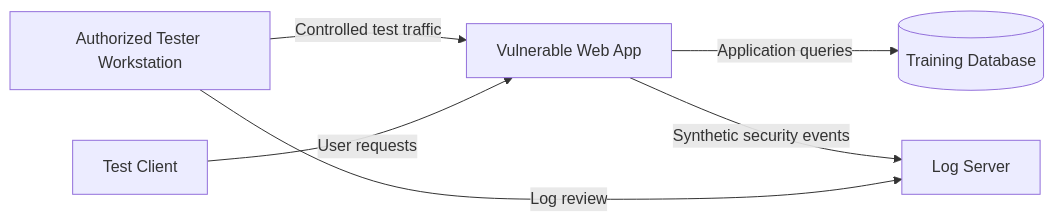
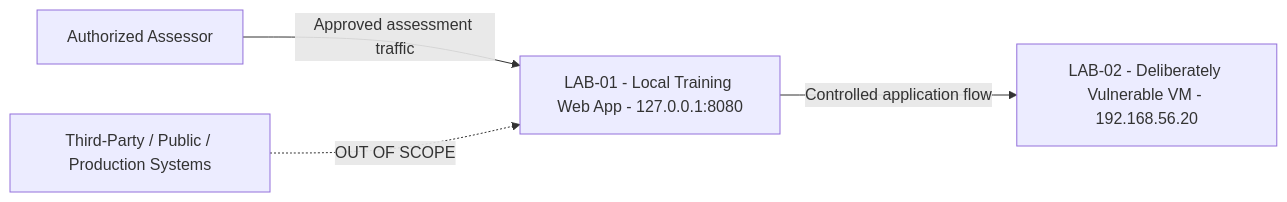
Before and after one commit to biradarneha16/Project-1: the diagram in authorized-security-engagement/data-flow-diagram.md, drawn with Mermaid. The commit also changed other lines of this file, not shown here.

Commit message:
Professionalize authorized security lab dossier

```diff
--- a/authorized-security-engagement/data-flow-diagram.md
+++ b/authorized-security-engagement/data-flow-diagram.md
@@ -5,8 +5,6 @@
 ~~~mermaid
 flowchart LR
-    T[Authorized Tester Workstation] -->|Controlled test traffic| W[Vulnerable Web App]
-    C[Test Client] -->|User requests| W
-    W -->|Application queries| D[(Training Database)]
-    W -->|Synthetic security events| L[Log Server]
-    T -->|Log review| L
+    A[Authorized Assessor] -->|Approved assessment traffic| W[LAB-01 - Local Training Web App - 127.0.0.1:8080]
+    W -->|Controlled application flow| V[LAB-02 - Deliberately Vulnerable VM - 192.168.56.20]
+    X[Third-Party / Public / Production Systems] -.->|OUT OF SCOPE| W
 ~~~
```
